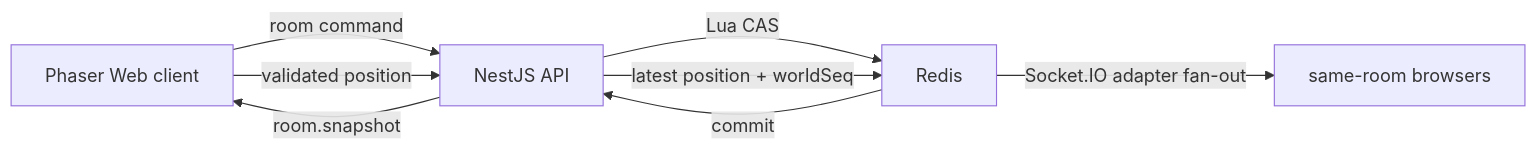
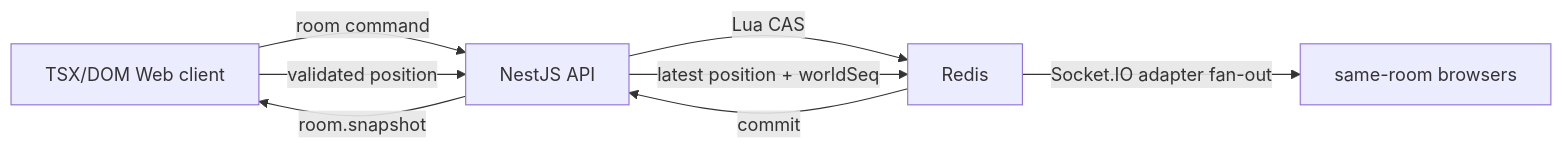
The second of 2 diagrams in docs/poke-lounge-game-concept.md (icecokel/poke-lounge), drawn with Mermaid before and after one commit. The commit also changed other lines of this file, not shown here.

Commit message:
docs: TSX 런타임 구조 설명 갱신

````diff
--- a/docs/poke-lounge-game-concept.md
+++ b/docs/poke-lounge-game-concept.md
@@ -85,10 +85,10 @@
 ```mermaid
 flowchart LR
-  Web["Phaser Web client"] -->|"room command"| API["NestJS API"]
+  Web["TSX/DOM Web client"] -->|"room command"| API["NestJS API"]
   API -->|"Lua CAS"| Redis["Redis"]
   Redis -->|"commit"| API
   API -->|"room.snapshot"| Web
   Web -->|"validated position"| API
   API -->|"latest position + worldSeq"| Redis
   Redis -->|"Socket.IO adapter fan-out"| Peer["same-room browsers"]
 ```
````
